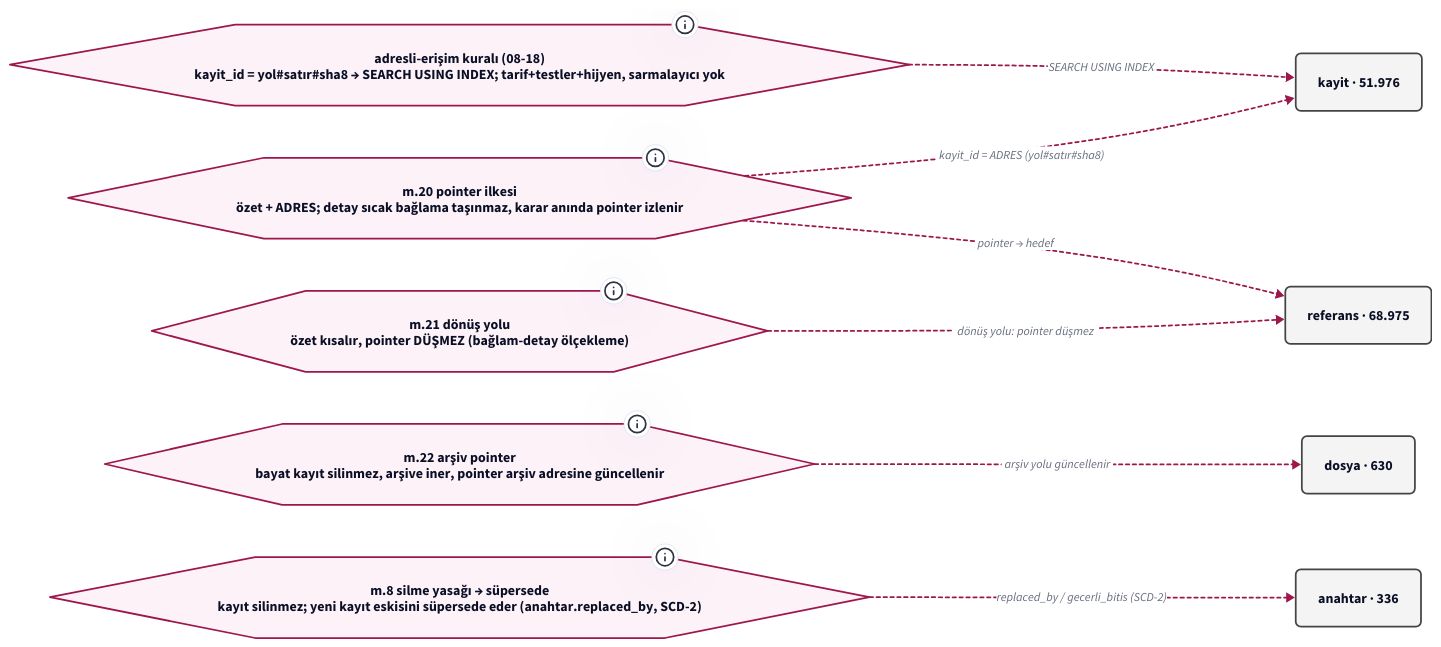
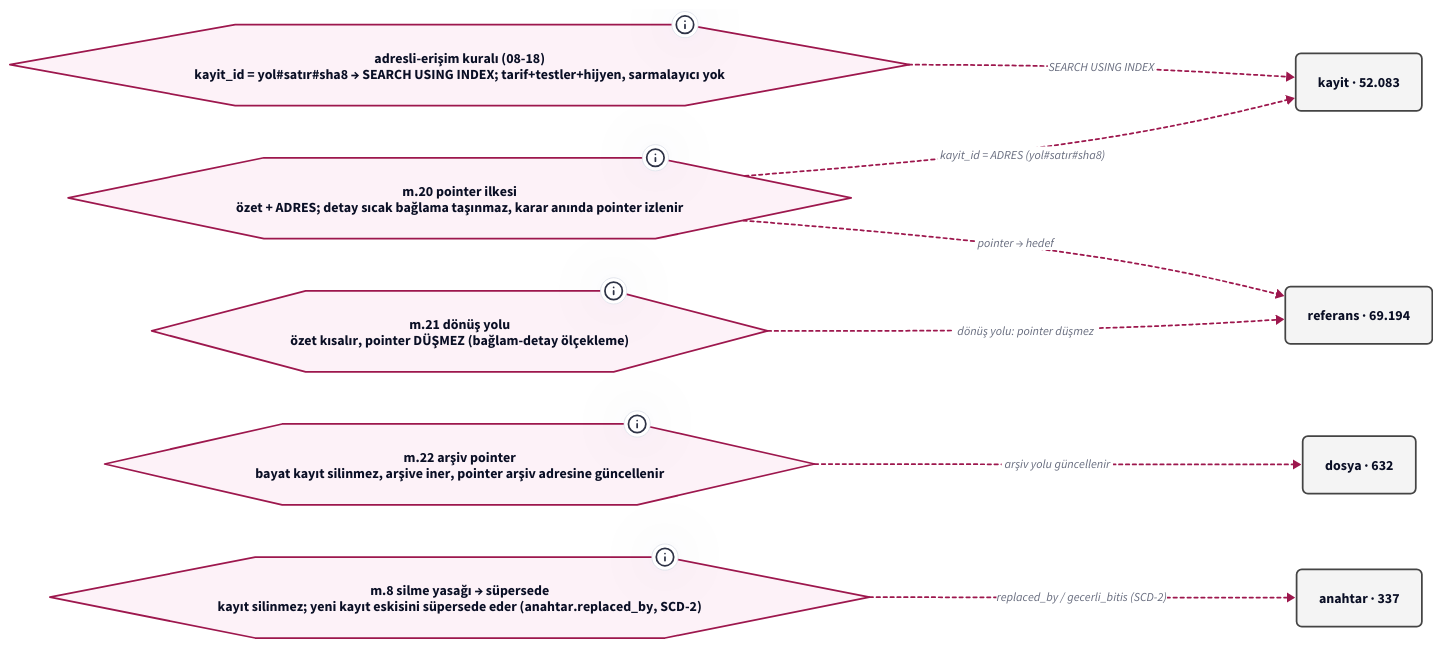
One commit to salihsahinin/sistem changed the diagram in graf/pointer-sistemi-v0-ilke.d2. Above: the diagram before and after it, drawn with D2. The commit also changed 55 other files, not shown here.

```diff
--- a/graf/pointer-sistemi-v0-ilke.d2
+++ b/graf/pointer-sistemi-v0-ilke.d2
@@ -1,33 +1,33 @@
 # Jarvis POINTER SİSTEMİ — POINTER İLKESİ → MEKANİZMA (pano 3/4) (türetilmiş görünüm; ham kaynak silver/bronz)
-# üretici: tools/pointer-graf.py · silver b14d72a · HEAD b14d72a · d2 v0.8.1-HEAD · render: d2 --layout=elk (ELK bundled; TALA girmez; determinizm yerel sha256 ile ölçülür — Karar 65)
+# üretici: tools/pointer-graf.py · silver 6f617f9 · HEAD 6f617f9 · d2 v0.8.1-HEAD · render: d2 --layout=elk (ELK bundled; TALA girmez; determinizm yerel sha256 ile ölçülür — Karar 65)
 # içerik katmanı: düğüm/kenar = silver'dan script türetimi (LLM yazmaz); ilke/kronoloji = kanon SABİTİ (pointer'lı, script içinde); yorum katmanı = bu # satırları
 direction: right
 classes: {
   kutu: { style: { fill: "#F4F4F4"; stroke: "#444444"; font-size: 16; border-radius: 6 } }
   pointer: { style: { fill: "#E8F0FE"; stroke: "#1A56DB"; border-radius: 6 } }
   anahtar: { style: { fill: "#FFF4E5"; stroke: "#B45309"; border-radius: 6 } }
   hat: { style: { fill: "#ECFDF5"; stroke: "#047857"; bold: true; border-radius: 6 } }
   ilke: { shape: hexagon; style: { fill: "#FDF2F8"; stroke: "#9D174D" } }
   kron: { shape: page; style: { fill: "#FFFFFF"; stroke: "#6B7280" } }
   dis: { shape: cloud; style: { fill: "#FAFAFA"; stroke: "#9CA3AF" } }
   kirik: { style: { stroke: "#DC2626"; stroke-dash: 3; font-size: 14 } }
   supersede: { style: { stroke: "#B45309"; stroke-dash: 5 } }
   fk: { style: { stroke: "#444444"; font-size: 14 } }
   turetir: { style: { stroke: "#047857"; stroke-width: 3 } }
   uygular: { style: { stroke: "#9D174D"; stroke-dash: 2; font-size: 14 } }
 }
 adres: "adresli-erişim kuralı (08-18)\nkayit_id = yol#satır#sha8 → SEARCH USING INDEX; tarif+testler+hijyen, sarmalayıcı yok" { class: ilke; tooltip: "KILAVUZ.md tasarım-ilkeleri · kuyruk/senaryo-defteri.md Karar 62" }
 m20: "m.20 pointer ilkesi\nözet + ADRES; detay sıcak bağlama taşınmaz, karar anında pointer izlenir" { class: ilke; tooltip: "core/tuzuk-v0.md m.20 · wiki/pointer-sistemi.md" }
 m21: "m.21 dönüş yolu\nözet kısalır, pointer DÜŞMEZ (bağlam-detay ölçekleme)" { class: ilke; tooltip: "core/tuzuk-v0.md m.21" }
 m22: "m.22 arşiv pointer\nbayat kayıt silinmez, arşive iner, pointer arşiv adresine güncellenir" { class: ilke; tooltip: "core/tuzuk-v0.md m.22" }
 m8: "m.8 silme yasağı → süpersede\nkayıt silinmez; yeni kayıt eskisini süpersede eder (anahtar.replaced_by, SCD-2)" { class: ilke; tooltip: "core/tuzuk-v0.md m.8 · core/baglam-anahtar-kaydi.md §3" }
-kayit: "kayit · 51.976" { class: kutu }
-referans: "referans · 68.975" { class: kutu }
-dosya: "dosya · 630" { class: kutu }
-anahtar: "anahtar · 336" { class: kutu }
+kayit: "kayit · 52.083" { class: kutu }
+referans: "referans · 69.194" { class: kutu }
+dosya: "dosya · 632" { class: kutu }
+anahtar: "anahtar · 337" { class: kutu }
 adres -> kayit: "SEARCH USING INDEX" { class: uygular }
 m20 -> kayit: "kayit_id = ADRES (yol#satır#sha8)" { class: uygular }
 m20 -> referans: "pointer → hedef" { class: uygular }
 m21 -> referans: "dönüş yolu: pointer düşmez" { class: uygular }
 m22 -> dosya: "arşiv yolu güncellenir" { class: uygular }
 m8 -> anahtar: "replaced_by / gecerli_bitis (SCD-2)" { class: uygular }
```
